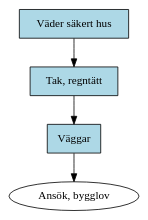
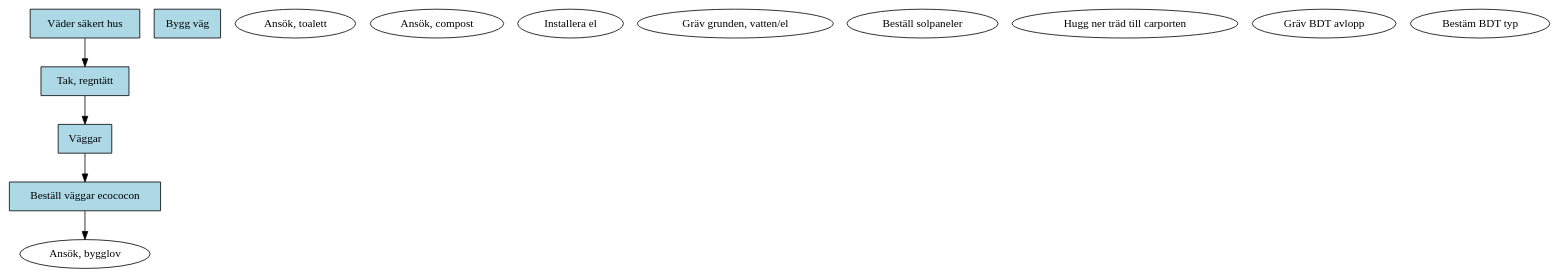
One commit to mokshasoft/hus changed the diagram in planning/planning.gv. Above: the diagram before and after it, drawn with Graphviz.

Commit message:
Add some more planning nodes

```diff
--- a/planning/planning.gv
+++ b/planning/planning.gv
@@ -1,14 +1,25 @@
 digraph building_dependencies {
   // Important tasks
   node [shape=box, style=filled, fillcolor = "lightblue"];
   sealed [label="Väder säkert hus"]
   roof [label="Tak, regntätt"]
   walls [label="Väggar"]
+  order_walls [label="Beställ väggar ecococon"]
+  digg [label="Bygg väg"]
   // Tasks
   node [shape=ellipse, style=""]
   apply_building [label="Ansök, bygglov"]
+  apply_toilet [label="Ansök, toalett"]
+  apply_compost [label="Ansök, compost"]
+  power [label="Installera el"]
+  digg_foundation [label="Gräv grunden, vatten/el"]
+  solar [label="Beställ solpaneler"]
+  lumber [label="Hugg ner träd till carporten"]
+  grey_water [label="Gräv BDT avlopp"]
+  grey_water_decision [label="Bestäm BDT typ"]
   // Dependencies
   sealed -> roof
   roof -> walls
-  walls -> apply_building
+  walls -> order_walls
+  order_walls -> apply_building
 }
```
